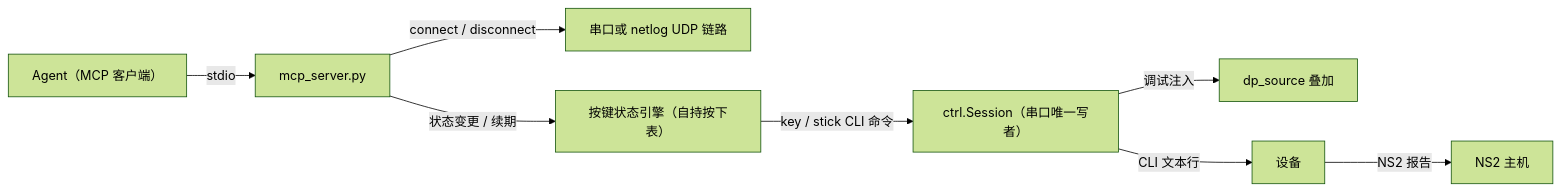
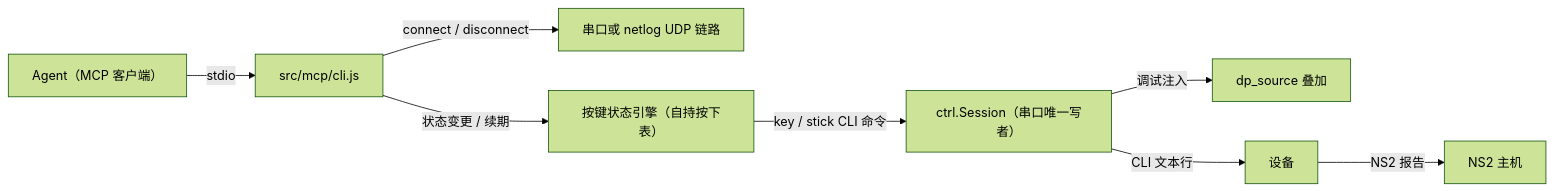
One commit to slime7/remapad changed the second of 2 diagrams in pc/README.md. Above: the diagram before and after it, drawn with Mermaid (forest theme). The commit also changed other lines of this file and 145 other files, not shown here.

Commit message:
feat(pc): PC 侧工具从 Python 迁到 Node.js，图形控制台换 Vue 3 前端

````diff
--- a/pc/README.md
+++ b/pc/README.md
@@ -87,10 +113,10 @@
 ```mermaid
 flowchart LR
-    Agent["Agent（MCP 客户端）"] -->|"stdio"| Svc["mcp_server.py"]
+    Agent["Agent（MCP 客户端）"] -->|"stdio"| Svc["src/mcp/cli.js"]
     Svc -->|"connect / disconnect"| Link["串口或 netlog UDP 链路"]
     Svc -->|"状态变更 / 续期"| Engine["按键状态引擎（自持按下表）"]
     Engine -->|"key / stick CLI 命令"| Session["ctrl.Session（串口唯一写者）"]
     Session -->|"调试注入"| DP["dp_source 叠加"]
     Session -->|"CLI 文本行"| Dev["设备"]
     Dev -->|"NS2 报告"| Host["NS2 主机"]
 ```
````
